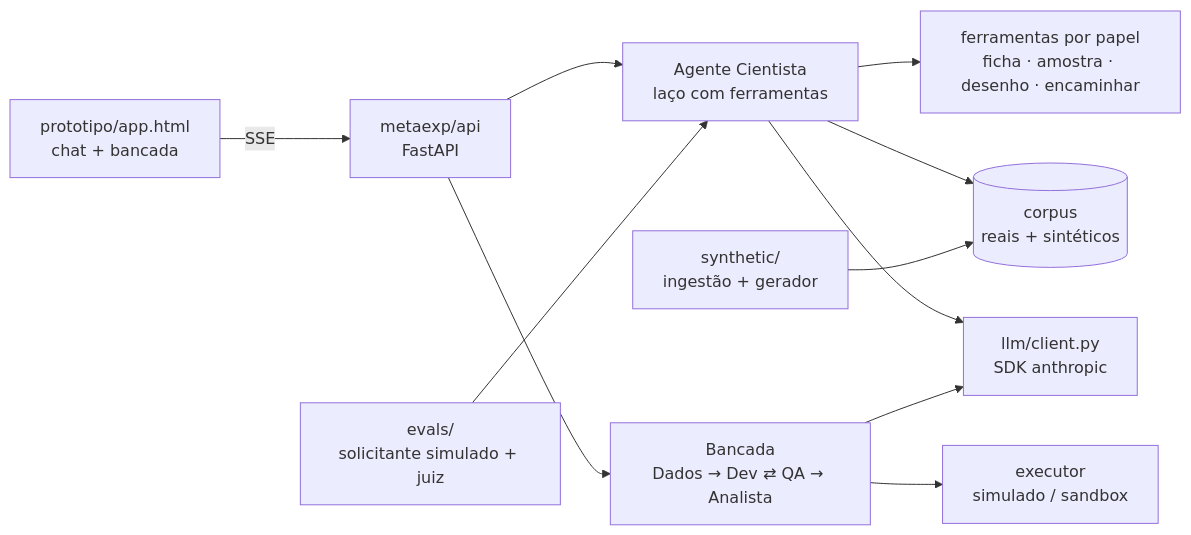
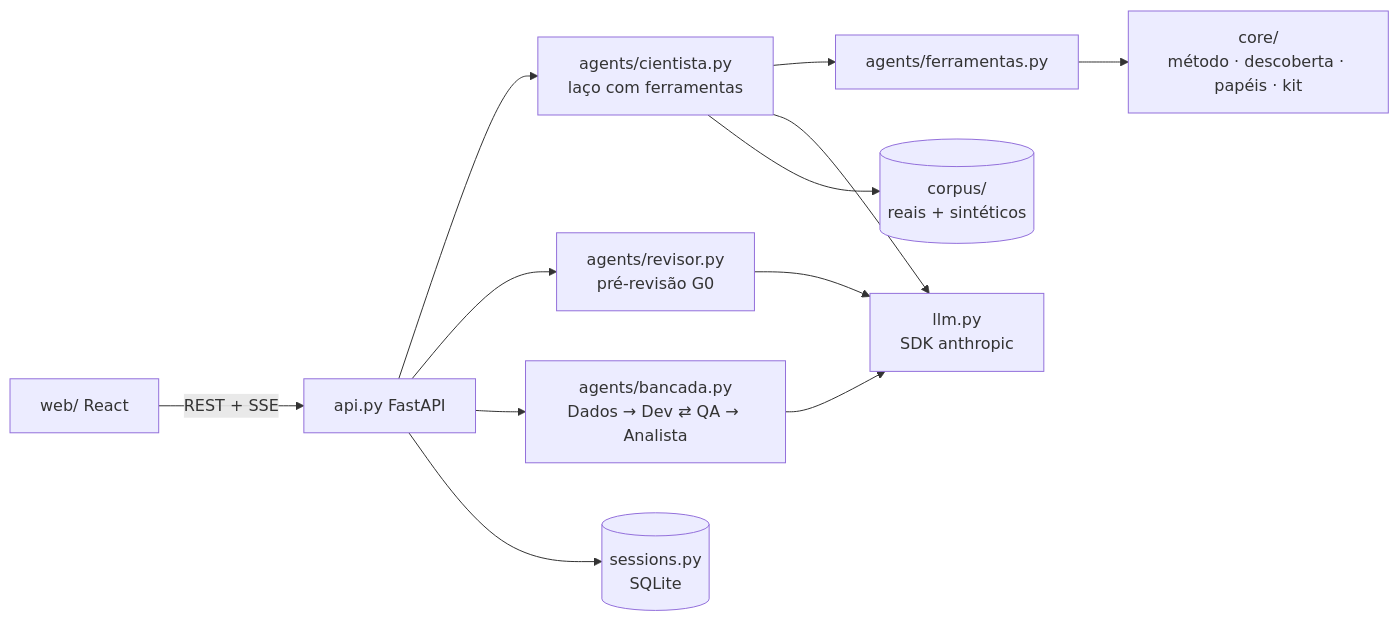
One commit to danielFrancafatecspLabs/cientista-lab changed the diagram in README.md. Above: the diagram before and after it, drawn with Mermaid. The commit also changed other lines of this file and 105 other files, not shown here.

````diff
--- a/README.md
+++ b/README.md
@@ -32,12 +62,12 @@
 ```mermaid
 flowchart LR
-  UI[prototipo/app.html<br>chat + bancada] -- SSE --> API[metaexp/api<br>FastAPI]
-  API --> C[Agente Cientista<br>laço com ferramentas]
-  API --> B[Bancada<br>Dados → Dev ⇄ QA → Analista]
-  C --> T[ferramentas por papel<br>ficha · amostra · desenho · encaminhar]
-  C --> K[(corpus<br>reais + sintéticos)]
-  B --> X[executor<br>simulado / sandbox]
-  C & B --> L[llm/client.py<br>SDK anthropic]
-  S[synthetic/<br>ingestão + gerador] --> K
-  E[evals/<br>solicitante simulado + juiz] --> C
+  W[web/ React] -- REST + SSE --> A[api.py FastAPI]
+  A --> C[agents/cientista.py<br>laço com ferramentas]
+  A --> R[agents/revisor.py<br>pré-revisão G0]
+  A --> B[agents/bancada.py<br>Dados → Dev ⇄ QA → Analista]
+  C --> F[agents/ferramentas.py]
+  F --> D[core/<br>método · descoberta · papéis · kit]
+  C & R & B --> L[llm.py<br>SDK anthropic]
+  C --> K[(corpus/<br>reais + sintéticos)]
+  A --> S[(sessions.py<br>SQLite)]
 ```
````
